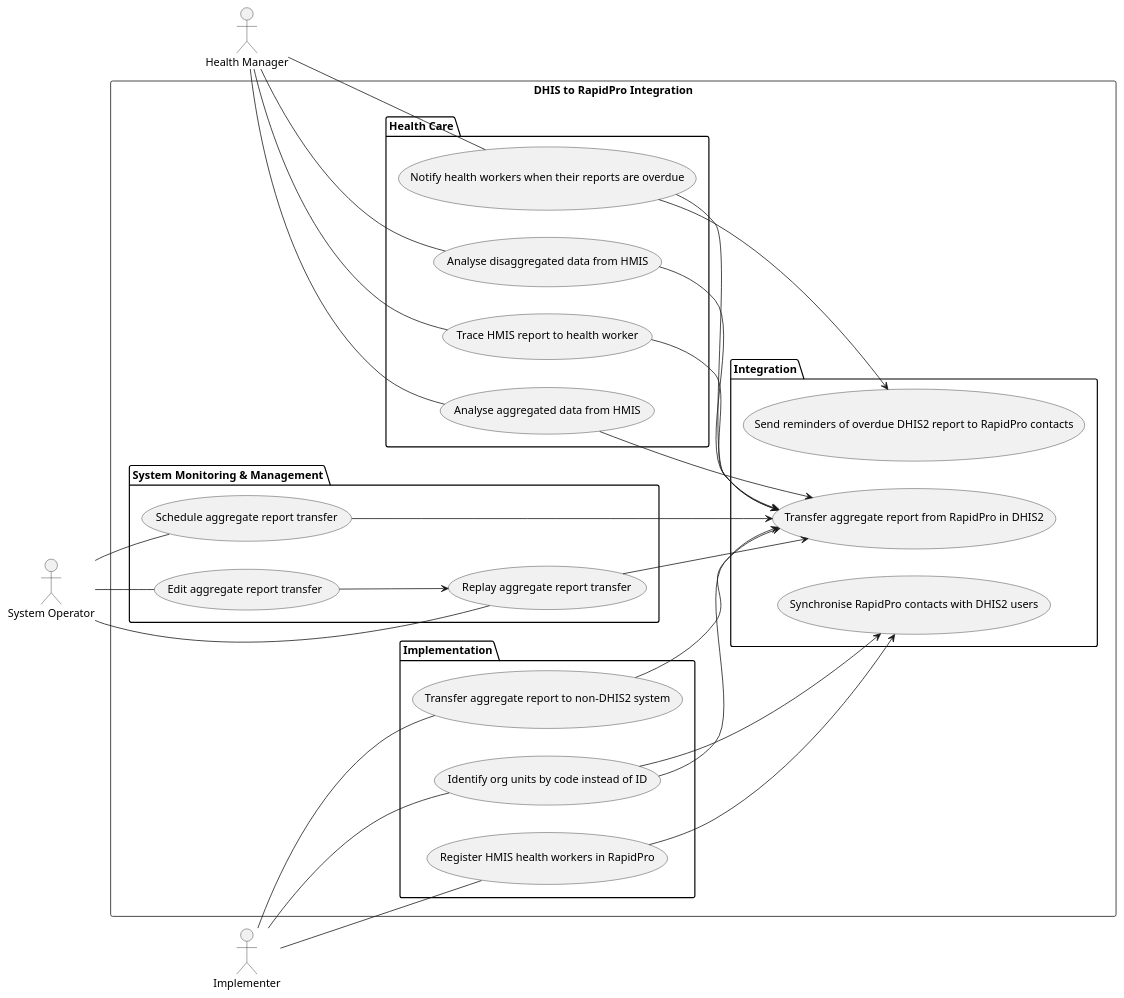
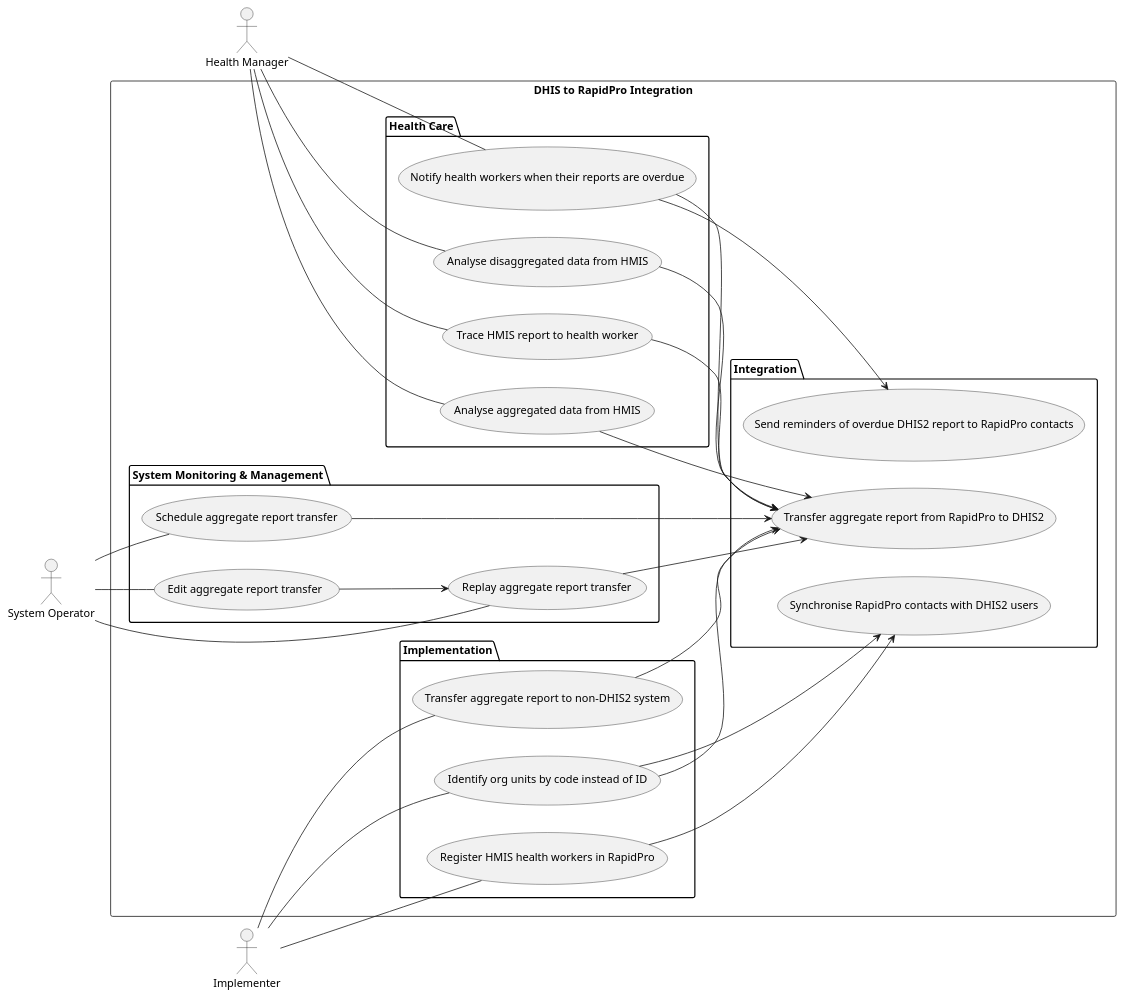
Before and after one commit to dhis2/integration-dhis-rapidpro: the diagram in design/plantuml/use-case.puml, drawn with PlantUML.

Commit message:
docs: use-case correction

```diff
--- a/design/plantuml/use-case.puml
+++ b/design/plantuml/use-case.puml
@@ -1,53 +1,53 @@
 @startuml
 left to right direction
 
 "Health Manager" as HealthManager
 "System Operator" as Operator
 "Implementer" as Implementer
 
 rectangle "DHIS to RapidPro Integration" {
     package "System Monitoring & Management" {
       usecase ReplayAggrReport as "Replay aggregate report transfer"
       usecase EditAggrReport as "Edit aggregate report transfer"
       usecase ScheduleAggrReport as "Schedule aggregate report transfer"
     }
     package "Implementation" {
       usecase IdentityOrgUnitsByCode as "Identify org units by code instead of ID"
       usecase TransferAggrReportToNonDhis2 as "Transfer aggregate report to non-DHIS2 system"
       usecase RegisterHealthWorkers as "Register HMIS health workers in RapidPro"
     }
     package "Health Care" {
       usecase AnalyseAggrReport as "Analyse aggregated data from HMIS"
       usecase NotifyHealthWorkers as "Notify health workers when their reports are overdue"
       usecase AnalyseDisaggrData as "Analyse disaggregated data from HMIS"
       usecase TraceHmisReport as "Trace HMIS report to health worker"
     }
     package "Integration" {
       usecase SyncContacts as "Synchronise RapidPro contacts with DHIS2 users"
-      usecase TransferAggrReport as "Transfer aggregate report from RapidPro in DHIS2"
+      usecase TransferAggrReport as "Transfer aggregate report from RapidPro to DHIS2"
       usecase SendReminders as "Send reminders of overdue DHIS2 report to RapidPro contacts"
     }
 }
 HealthManager -- AnalyseAggrReport
 AnalyseAggrReport --> TransferAggrReport
 AnalyseDisaggrData --> TransferAggrReport
 HealthManager -- NotifyHealthWorkers
 NotifyHealthWorkers --> SendReminders
 TraceHmisReport --> TransferAggrReport
 HealthManager - TraceHmisReport
 NotifyHealthWorkers --> TransferAggrReport
 Operator -- ScheduleAggrReport
 Operator -- ReplayAggrReport
 ReplayAggrReport --> TransferAggrReport
 Operator -- EditAggrReport
 EditAggrReport --> ReplayAggrReport
 ScheduleAggrReport --> TransferAggrReport
 Implementer -- TransferAggrReportToNonDhis2
 TransferAggrReportToNonDhis2 --> TransferAggrReport
 Implementer -- IdentityOrgUnitsByCode
 IdentityOrgUnitsByCode --> TransferAggrReport
 IdentityOrgUnitsByCode --> SyncContacts
 HealthManager -- AnalyseDisaggrData
 Implementer -- RegisterHealthWorkers
 RegisterHealthWorkers --> SyncContacts
 @enduml
```
